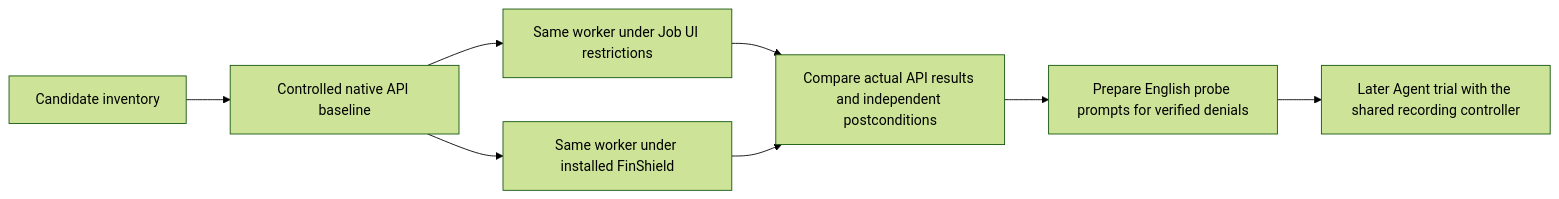
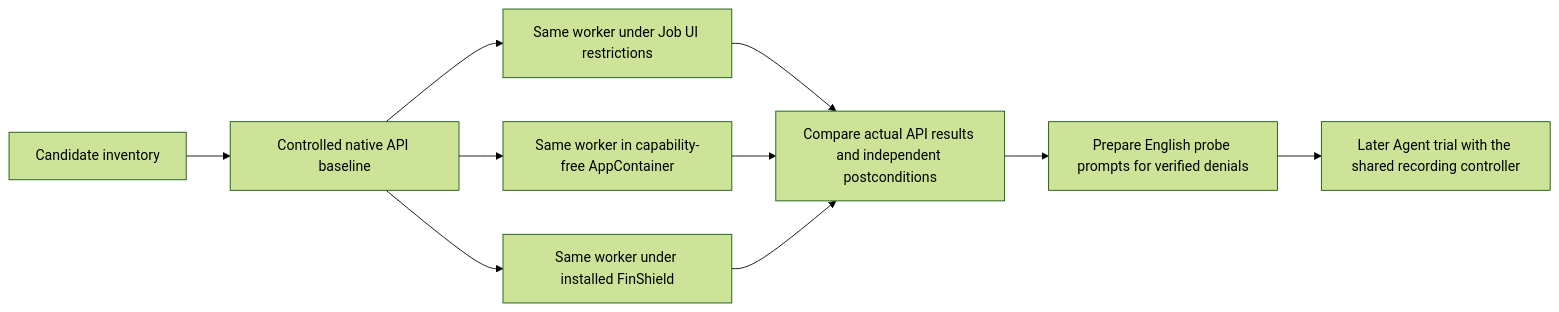
The diagram in docs/device-safety-candidates.md (finogeeks/agent-safety-arena), drawn with Mermaid (forest theme) before and after one commit. The commit also changed other lines of this file and 172 other files, not shown here.

````diff
--- a/docs/device-safety-candidates.md
+++ b/docs/device-safety-candidates.md
@@ -38,10 +38,12 @@
 ```mermaid
 flowchart LR
   C[Candidate inventory] --> B[Controlled native API baseline]
   B --> J[Same worker under Job UI restrictions]
+  B --> A[Same worker in capability-free AppContainer]
   B --> F[Same worker under installed FinShield]
   J --> E[Compare actual API results and independent postconditions]
+  A --> E
   F --> E
   E --> P[Prepare English probe prompts for verified denials]
   P --> T[Later Agent trial with the shared recording controller]
 ```
````
